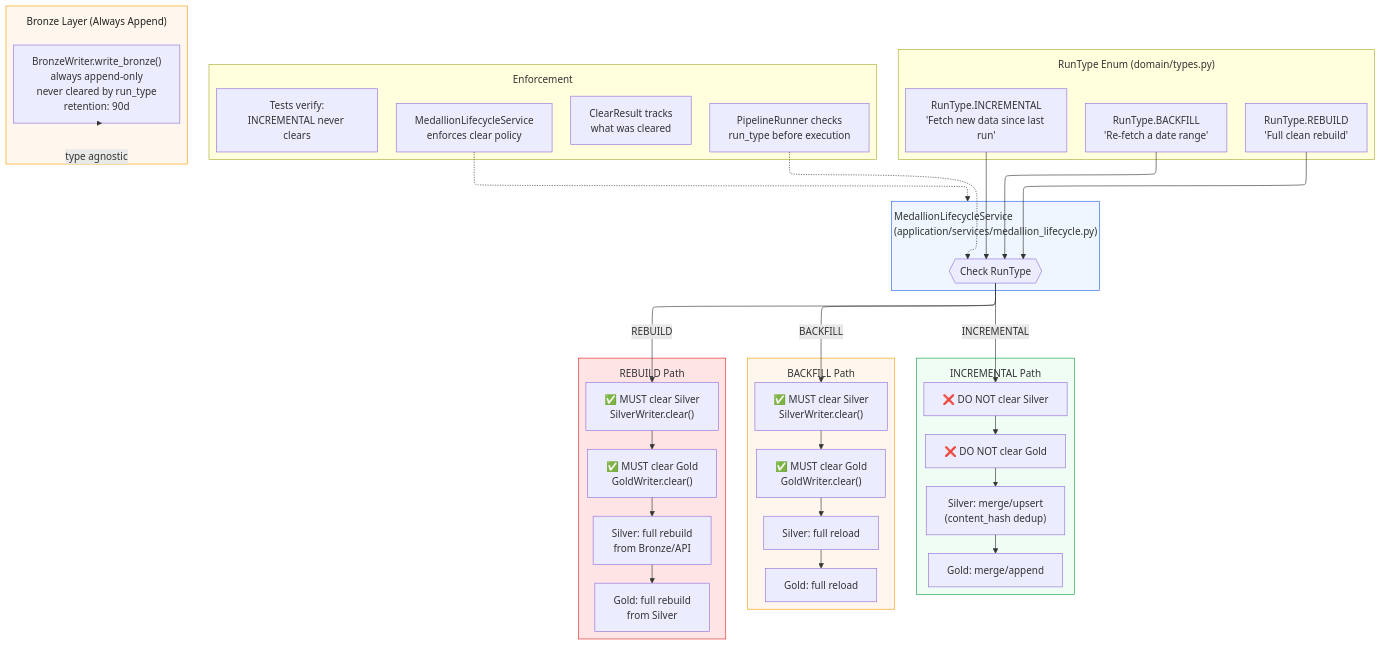
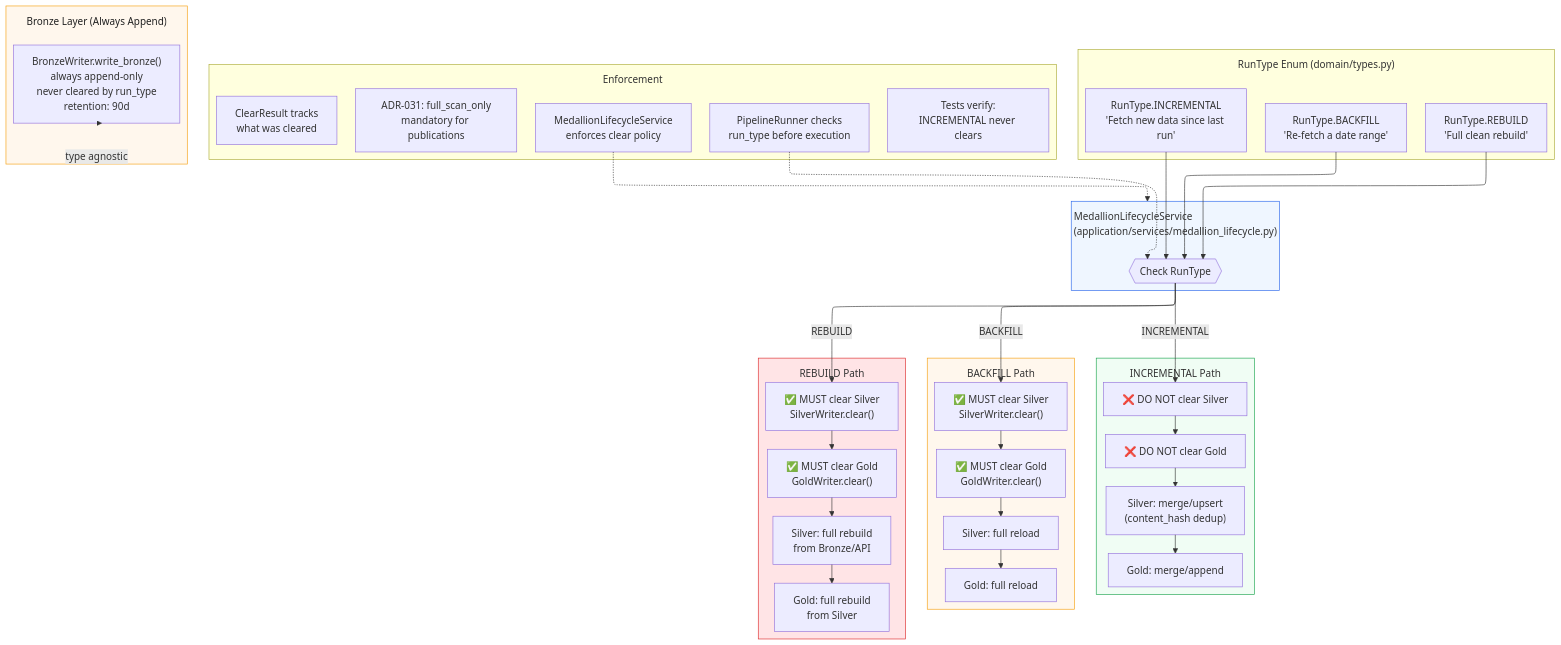
Before and after one commit to SatoryKono/BioactivityDataAcquisition: the diagram in docs/02-architecture/diagrams/foundation/39-medallion-invariants.mmd, drawn with Mermaid. The commit also changed 89 other files, not shown here.

```diff
--- a/docs/02-architecture/diagrams/foundation/39-medallion-invariants.mmd
+++ b/docs/02-architecture/diagrams/foundation/39-medallion-invariants.mmd
@@ -1,81 +1,82 @@
 %% Title: Medallion Architecture Invariants (ARCH-007)
 %% Covers: RULES.md §2.1 (Medallion), ARCH-007 clear policy
 %% Rank: 14 (Score 8.19) — Critical data safety rules
 %% Updated: 2026-02-17
 
 %% @version 1.0.0
 %% @date    2026-02-24
 %% @type    flowchart
 %% @level   Mixed (System / Component / Class)
 %% @nodes   23
 %%{init: {'layout': 'elk', 'flowchart': {'subGraphTitleMargin': {'top': 12, 'bottom': 12}}, 'elk': {'mergeEdges': true, 'nodePlacementStrategy': 'BRANDES_KOEPF', 'edgeRouting': 'ORTHOGONAL'}}}%%
 %% @uniform width=272 height=112 max_title_len=27 max_desc_lines=4
 flowchart TB
 %% keep-orphan: E3, E4
     subgraph RunTypes["RunType Enum (domain/types.py)"]
         INC["RunType.INCREMENTAL<br/>'Fetch new data since last run'"]
         BF["RunType.BACKFILL<br/>'Re-fetch a date range'"]
         RB["RunType.REBUILD<br/>'Full clean rebuild'"]
     end
 
     subgraph Policy["MedallionLifecycleService\n(application/services/medallion_lifecycle.py)"]
         CHECK{{"Check RunType"}}
     end
 
     subgraph IncPath["INCREMENTAL Path"]
         I1["❌ DO NOT clear Silver"]
         I2["❌ DO NOT clear Gold"]
         I3["Silver: merge/upsert<br/>(content_hash dedup)"]
         I4["Gold: merge/append"]
     end
 
     subgraph BFPath["BACKFILL Path"]
         B1["✅ MUST clear Silver<br/>SilverWriter.clear()"]
         B2["✅ MUST clear Gold<br/>GoldWriter.clear()"]
         B3["Silver: full reload"]
         B4["Gold: full reload"]
     end
 
     subgraph RBPath["REBUILD Path"]
         R1["✅ MUST clear Silver<br/>SilverWriter.clear()"]
         R2["✅ MUST clear Gold<br/>GoldWriter.clear()"]
         R3["Silver: full rebuild<br/>from Bronze/API"]
         R4["Gold: full rebuild<br/>from Silver"]
     end
 
     subgraph Enforcement["Enforcement"]
         E1["PipelineRunner checks<br/>run_type before execution"]
         E2["MedallionLifecycleService<br/>enforces clear policy"]
         E3["ClearResult tracks<br/>what was cleared"]
         E4["Tests verify:<br/>INCREMENTAL never clears"]
+        E5["ADR-031: full_scan_only<br/>mandatory for publications"]
     end
 
     subgraph Bronze["Bronze Layer (Always Append)"]
         BZ["BronzeWriter.write_bronze()<br/>always append-only<br/>never cleared by run_type<br/>retention: 90d"]
     end
 
     %% Flow
     INC --> CHECK
     BF --> CHECK
     RB --> CHECK
 
     CHECK -->|"INCREMENTAL"| I1
     I1 --> I2 --> I3 --> I4
 
     CHECK -->|"BACKFILL"| B1
     B1 --> B2 --> B3 --> B4
 
     CHECK -->|"REBUILD"| R1
     R1 --> R2 --> R3 --> R4
 
     E1 -.-> CHECK
     E2 -.-> Policy
 
     BZ -.->|"type agnostic"| Bronze
 
     %% Styling
     style IncPath fill:#f0fdf4,stroke:#16a34a
     style BFPath fill:#fff7ed,stroke:#f59e0b
     style RBPath fill:#ffe4e6,stroke:#dc2626
     style Bronze fill:#fff7ed,stroke:#f59e0b,color:#212121
     style Policy fill:#eff6ff,stroke:#2563eb
```
